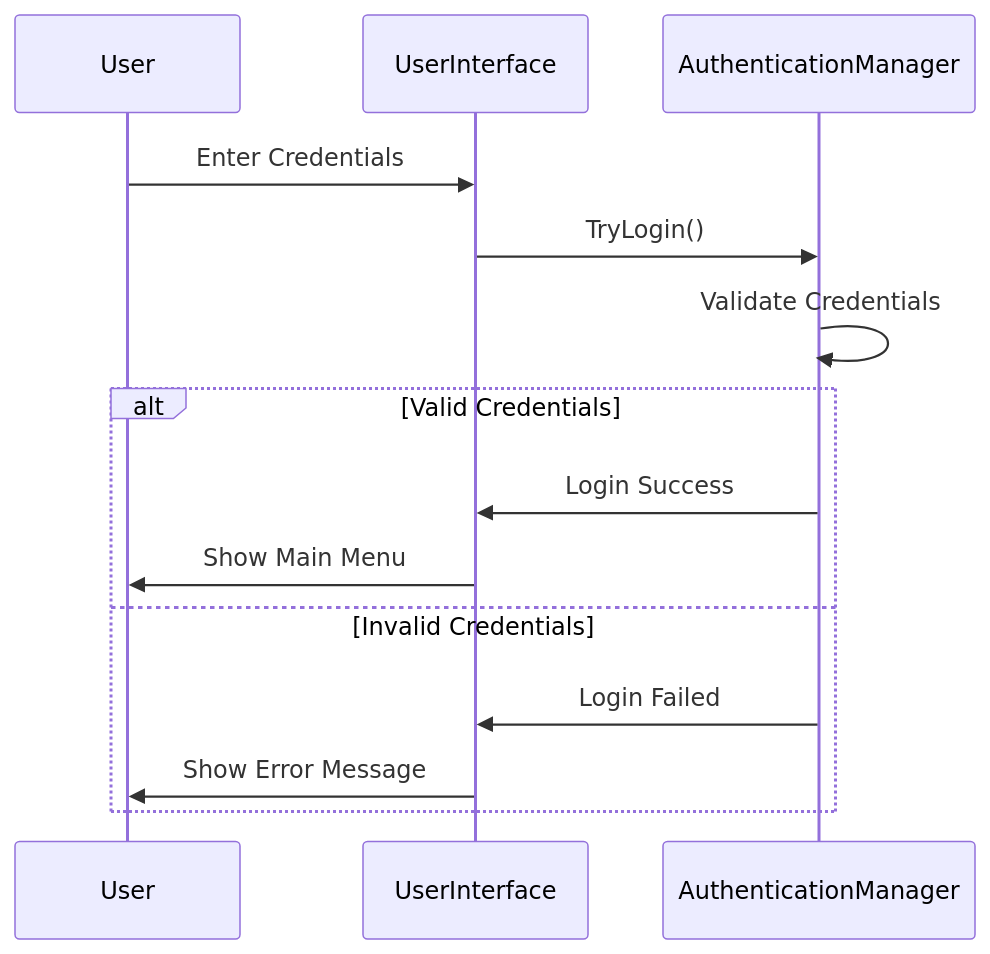
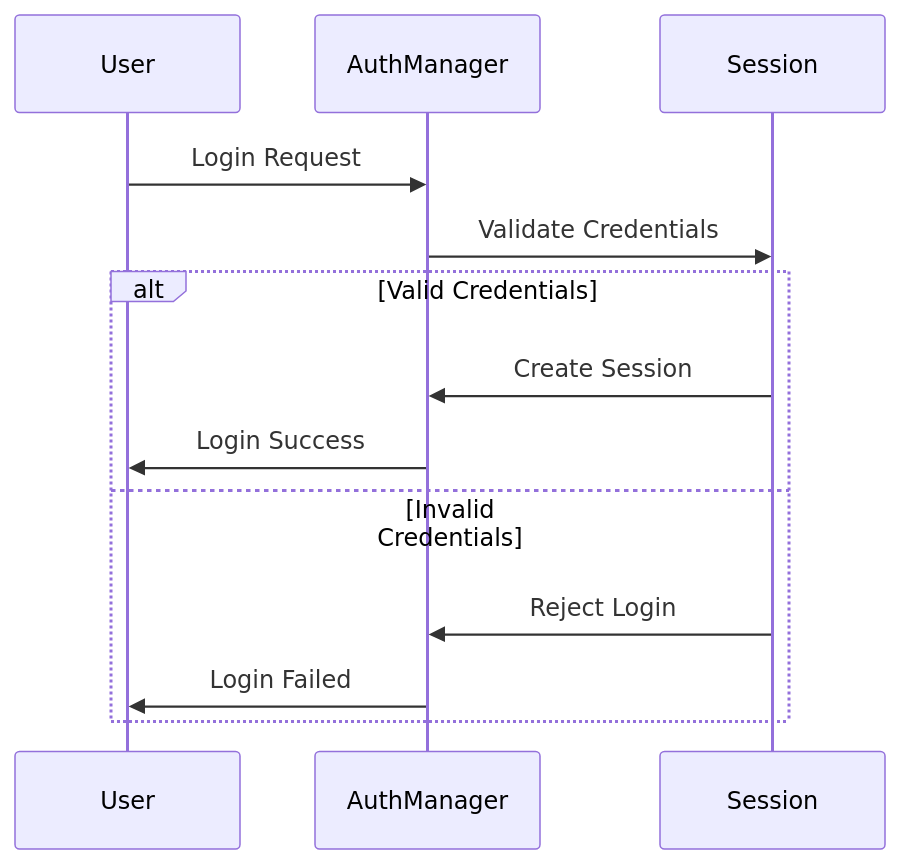
One commit to parvizrovshanaliyev/CSharp04 changed the fourth of 7 diagrams in ConsoleApps/Week19/LibraryManagementSystem/README.md. Above: the diagram before and after it, drawn with Mermaid. The commit also changed other lines of this file and 2 other files, not shown here.

````diff
--- a/ConsoleApps/Week19/LibraryManagementSystem/README.md
+++ b/ConsoleApps/Week19/LibraryManagementSystem/README.md
@@ -160,17 +50,16 @@
 ```mermaid
 sequenceDiagram
     participant U as User
-    participant UI as UserInterface
-    participant AM as AuthenticationManager
+    participant AM as AuthManager
+    participant S as Session
     
-    U->>UI: Enter Credentials
-    UI->>AM: TryLogin()
-    AM->>AM: Validate Credentials
+    U->>AM: Login Request
+    AM->>S: Validate Credentials
     alt Valid Credentials
-        AM->>UI: Login Success
-        UI->>U: Show Main Menu
+        S->>AM: Create Session
+        AM->>U: Login Success
     else Invalid Credentials
-        AM->>UI: Login Failed
-        UI->>U: Show Error Message
+        S->>AM: Reject Login
+        AM->>U: Login Failed
     end
 ```
````
